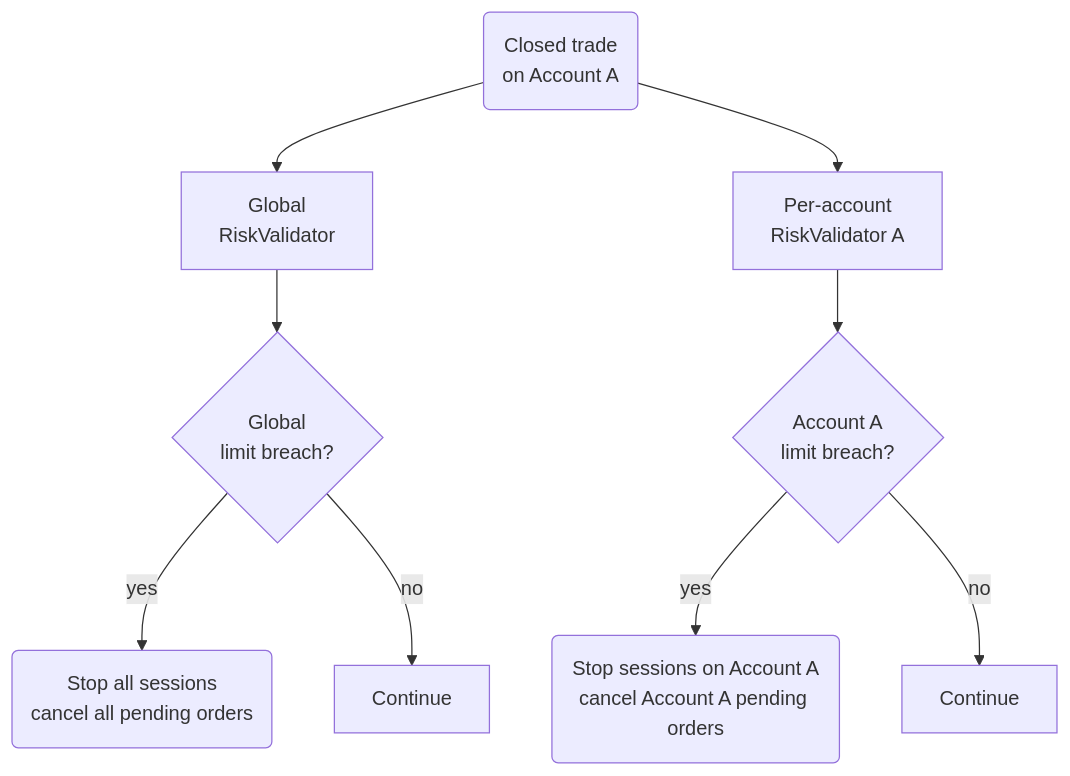
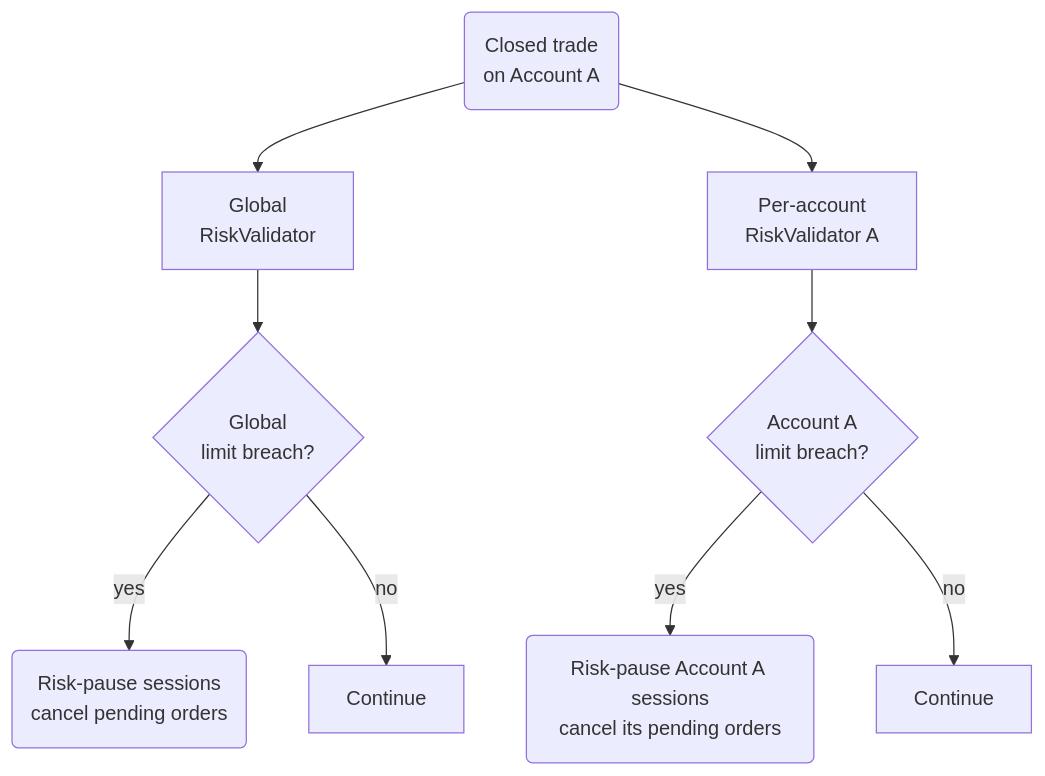
One commit to simeon-vanov/cortiq-public changed the diagram in src/content/docs/risk-management.md. Above: the diagram before and after it, drawn with Mermaid. The commit also changed other lines of this file and 95 other files, not shown here.

````diff
--- a/src/content/docs/risk-management.md
+++ b/src/content/docs/risk-management.md
@@ -25,11 +25,11 @@
 ```mermaid
 flowchart TB
   T(Closed trade<br/>on Account A) --> G[Global<br/>RiskValidator]
   T --> P[Per-account<br/>RiskValidator A]
   G --> Gd{Global<br/>limit breach?}
   P --> Pd{Account A<br/>limit breach?}
-  Gd -->|yes| Gs(Stop all sessions<br/>cancel all pending orders)
+  Gd -->|yes| Gs(Risk-pause sessions<br/>cancel pending orders)
   Gd -->|no| ok1[Continue]
-  Pd -->|yes| Ps(Stop sessions on Account A<br/>cancel Account A pending orders)
+  Pd -->|yes| Ps(Risk-pause Account A sessions<br/>cancel its pending orders)
   Pd -->|no| ok2[Continue]
 ```
````
